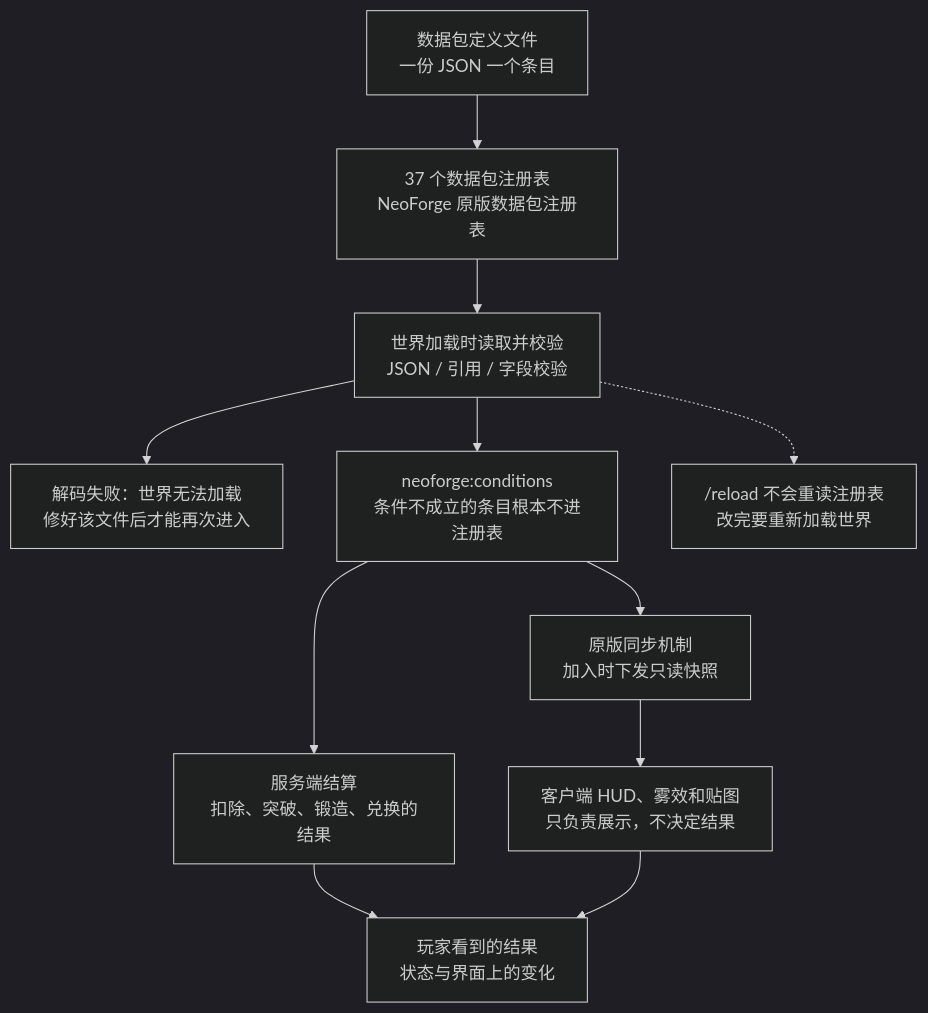
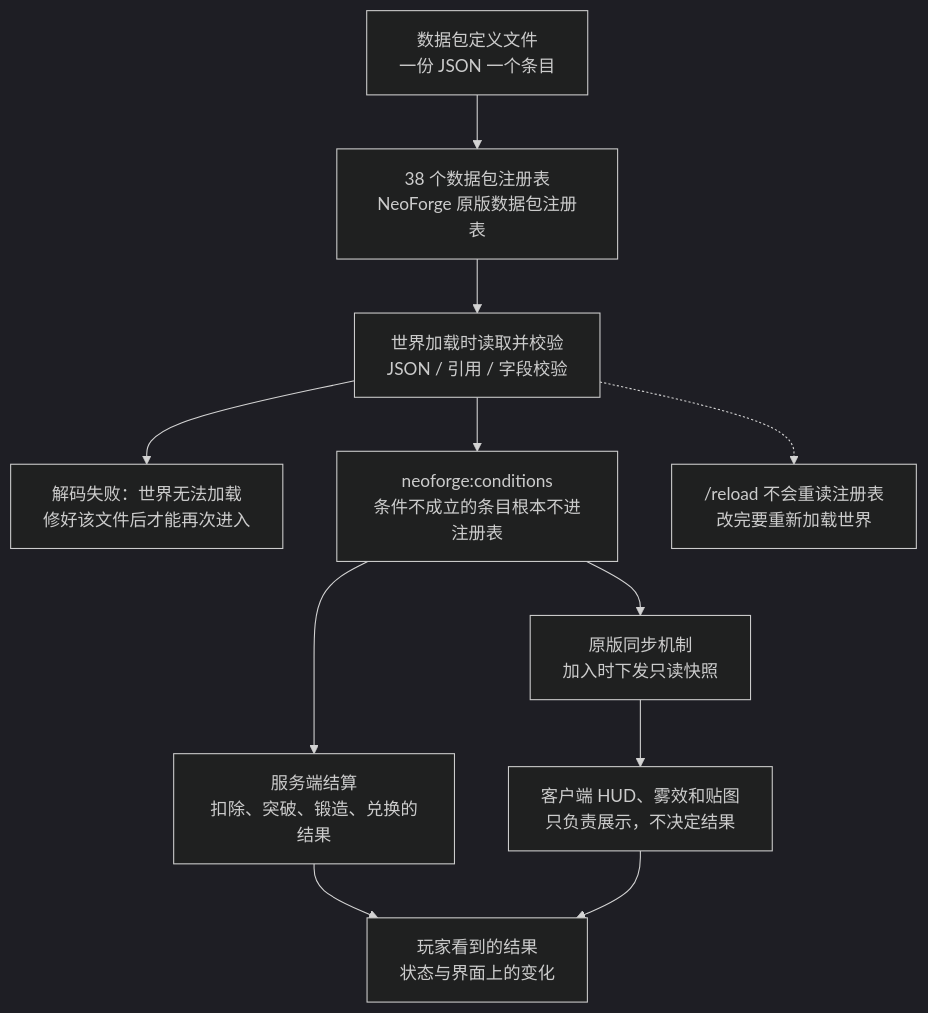
The diagram in docs/datapack/overview.md (IAFEnvoy/mxt-docs), drawn with Mermaid (dark theme) before and after one commit. The commit also changed other lines of this file and 87 other files, not shown here.

````diff
--- a/docs/datapack/overview.md
+++ b/docs/datapack/overview.md
@@ -119,13 +119,13 @@
 ```mermaid
 flowchart TD
-    A["数据包定义文件<br/>一份 JSON 一个条目"] --> B["37 个数据包注册表<br/>NeoForge 原版数据包注册表"]
+    A["数据包定义文件<br/>一份 JSON 一个条目"] --> B["38 个数据包注册表<br/>NeoForge 原版数据包注册表"]
     B --> C["世界加载时读取并校验<br/>JSON / 引用 / 字段校验"]
     C --> D["解码失败：世界无法加载<br/>修好该文件后才能再次进入"]
     C --> E["neoforge:conditions<br/>条件不成立的条目根本不进注册表"]
     E --> F["原版同步机制<br/>加入时下发只读快照"]
     E --> G["服务端结算<br/>扣除、突破、锻造、兑换的结果"]
     F --> H["客户端 HUD、雾效和贴图<br/>只负责展示，不决定结果"]
     G --> I["玩家看到的结果<br/>状态与界面上的变化"]
     H --> I
     C -.-> J["/reload 不会重读注册表<br/>改完要重新加载世界"]
 ```
````
